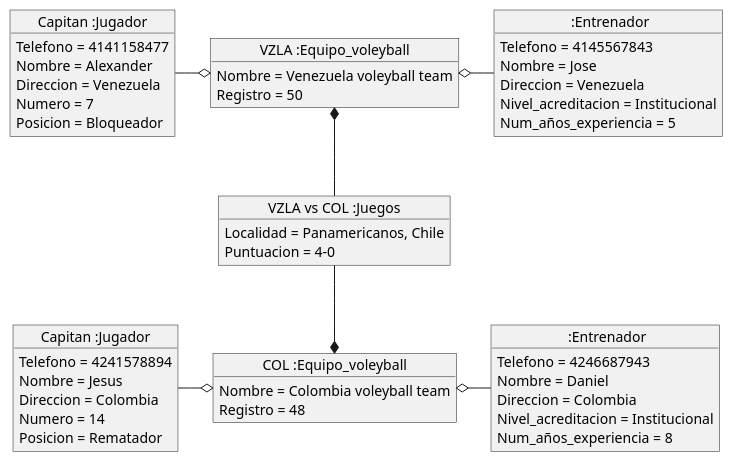
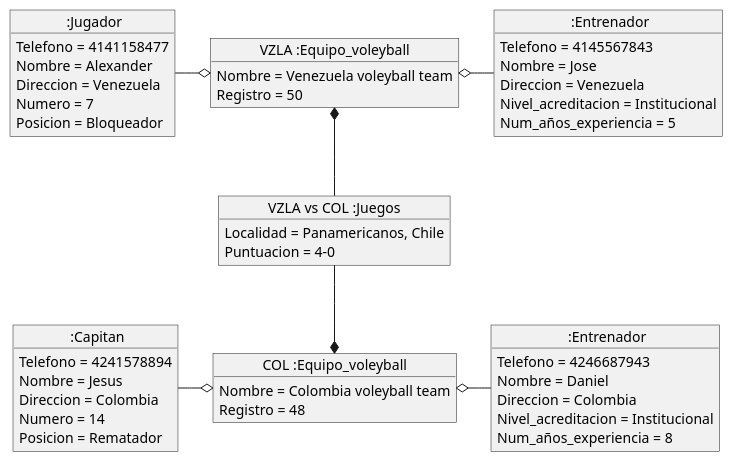
Before and after one commit to ValCicco/IS-022023: the diagram in docs/diagrams/Reto04-objetos.plantuml, drawn with PlantUML. The commit also changed 3 other files, not shown here.

```diff
--- a/docs/diagrams/Reto04-objetos.plantuml
+++ b/docs/diagrams/Reto04-objetos.plantuml
@@ -1,51 +1,51 @@
-@startuml Reto 04
+@startuml Reto04-objetos 
 
 object "VZLA :Equipo_voleyball" as o3{
     Nombre = Venezuela voleyball team
     Registro = 50
 }
-object "Capitan :Jugador" as o1{
+object " :Jugador" as o1{
     Telefono = 4141158477
     Nombre = Alexander 
     Direccion = Venezuela
     Numero = 7
     Posicion = Bloqueador
 }
 object " :Entrenador" as o2{
     Telefono = 4145567843
     Nombre = Jose 
     Direccion = Venezuela
     Nivel_acreditacion = Institucional
     Num_años_experiencia = 5
 }
 object "VZLA vs COL :Juegos" as o4{
     Localidad = Panamericanos, Chile 
     Puntuacion = 4-0
 }
 o3 o-left- o1
 o3 o-right- o2
 o4 -up-* o3
 
 object "COL :Equipo_voleyball" as o5{
     Nombre = Colombia voleyball team
     Registro = 48
 }
-object "Capitan :Jugador" as o6{
+object " :Capitan" as o6{
     Telefono = 4241578894
     Nombre = Jesus 
     Direccion = Colombia
     Numero = 14
     Posicion = Rematador
 }
 object " :Entrenador" as o7{
     Telefono = 4246687943
     Nombre = Daniel 
     Direccion = Colombia
     Nivel_acreditacion = Institucional
     Num_años_experiencia = 8
 }
 o5 o-left- o6
 o5 o-right- o7
 o4 -down-* o5
 
 @enduml
```
